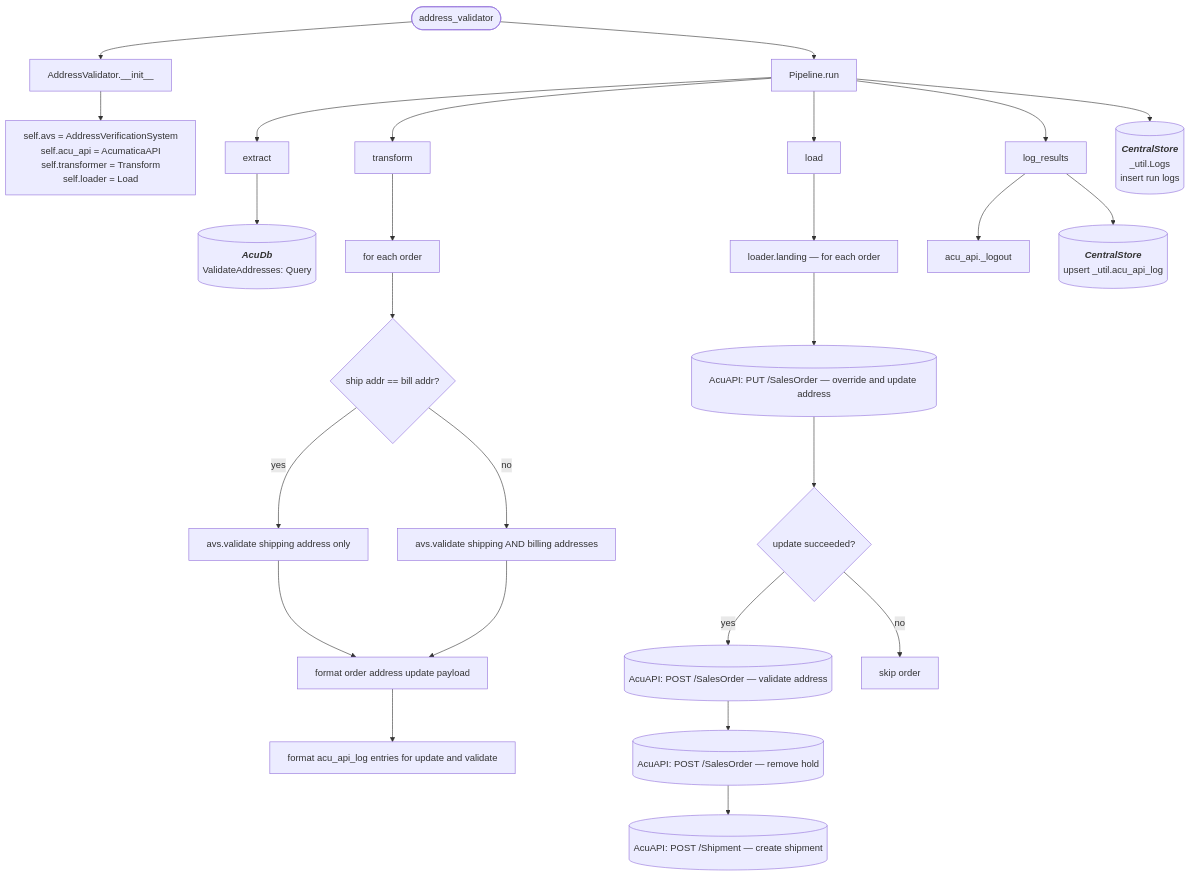
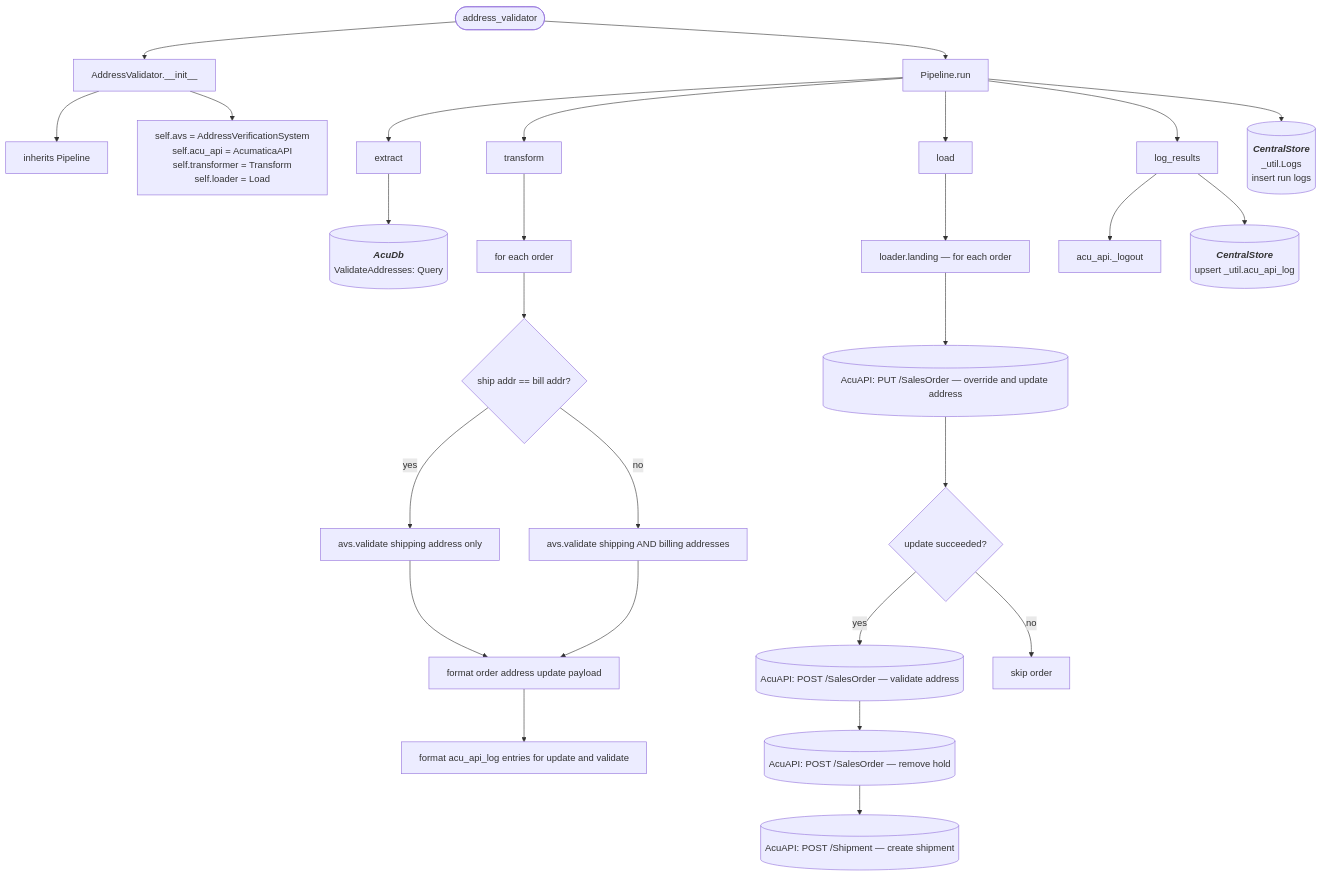
One commit to journeyhl/integration-platform changed the diagram in docs/pipelines/address_validator.md. Above: the diagram before and after it, drawn with Mermaid. The commit also changed 42 other files, not shown here.

````diff
--- a/docs/pipelines/address_validator.md
+++ b/docs/pipelines/address_validator.md
@@ -1,47 +1,48 @@
 ```mermaid
 %%{init: {"flowchart": {"wrappingWidth": 400}}}%%
 flowchart TD
     A([address_validator]) --> B[AddressValidator.__init__]
+    B --> B1[inherits Pipeline]
     B --> B4[
         self.avs = AddressVerificationSystem
         self.acu_api = AcumaticaAPI
         self.transformer = Transform
         self.loader = Load
     ]
     A --> RUN[Pipeline.run]
 
     RUN --> EX[extract]
     EX --> D1[(
         <b><i>AcuDb</i></b>
         ValidateAddresses: Query
     )]
 
     RUN --> TR[transform]
     TR --> T1[for each order]
     T1 --> T2{ship addr == bill addr?}
     T2 -->|yes| T3[avs.validate shipping address only]
     T2 -->|no| T4[avs.validate shipping AND billing addresses]
     T3 --> T5[format order address update payload]
     T4 --> T5
     T5 --> T6[format acu_api_log entries for update and validate]
 
     RUN --> LD[load]
     LD --> LS[loader.landing — for each order]
     LS --> L1[(AcuAPI: PUT /SalesOrder — override and update address)]
     L1 --> L2{update succeeded?}
     L2 -->|yes| L3[(AcuAPI: POST /SalesOrder — validate address)]
     L3 --> L4[(AcuAPI: POST /SalesOrder — remove hold)]
     L4 --> L5[(AcuAPI: POST /Shipment — create shipment)]
     L2 -->|no| L6[skip order]
 
     RUN --> LR[log_results]
     LR --> LO[acu_api._logout]
     LR --> UPS[(
         <b><i>CentralStore</i></b>
         upsert _util.acu_api_log
     )]
     RUN --> LOGS[(
         <b><i>CentralStore</i></b>
         _util.Logs<br/>insert run logs
     )]
 ```
````
